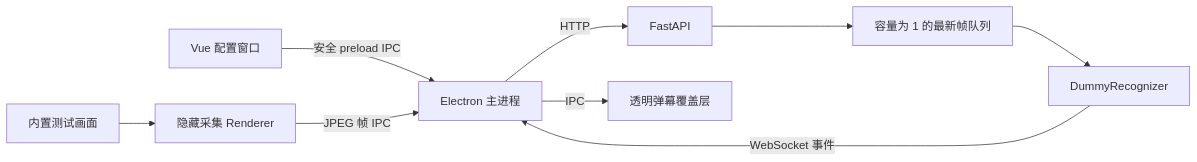
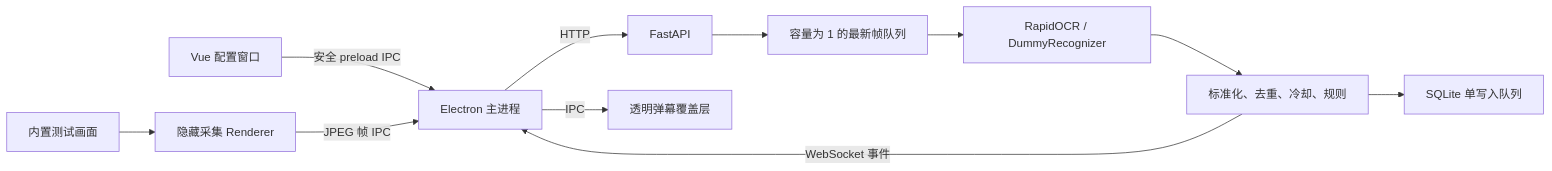
One commit to JIE305/Bullet-screen-system changed the diagram in docs/architecture.md. Above: the diagram before and after it, drawn with Mermaid. The commit also changed other lines of this file and 68 other files, not shown here.

````diff
--- a/docs/architecture.md
+++ b/docs/architecture.md
@@ -7,11 +7,13 @@
 ```mermaid
 flowchart LR
     UI[Vue 配置窗口] -->|安全 preload IPC| Main[Electron 主进程]
     Fixture[内置测试画面] --> Capture[隐藏采集 Renderer]
     Capture -->|JPEG 帧 IPC| Main
     Main -->|HTTP| API[FastAPI]
     API --> Queue[容量为 1 的最新帧队列]
-    Queue --> Dummy[DummyRecognizer]
-    Dummy -->|WebSocket 事件| Main
+    Queue --> OCR[RapidOCR / DummyRecognizer]
+    OCR --> Rules[标准化、去重、冷却、规则]
+    Rules --> DB[SQLite 单写入队列]
+    Rules -->|WebSocket 事件| Main
     Main -->|IPC| Overlay[透明弹幕覆盖层]
 ```
````
